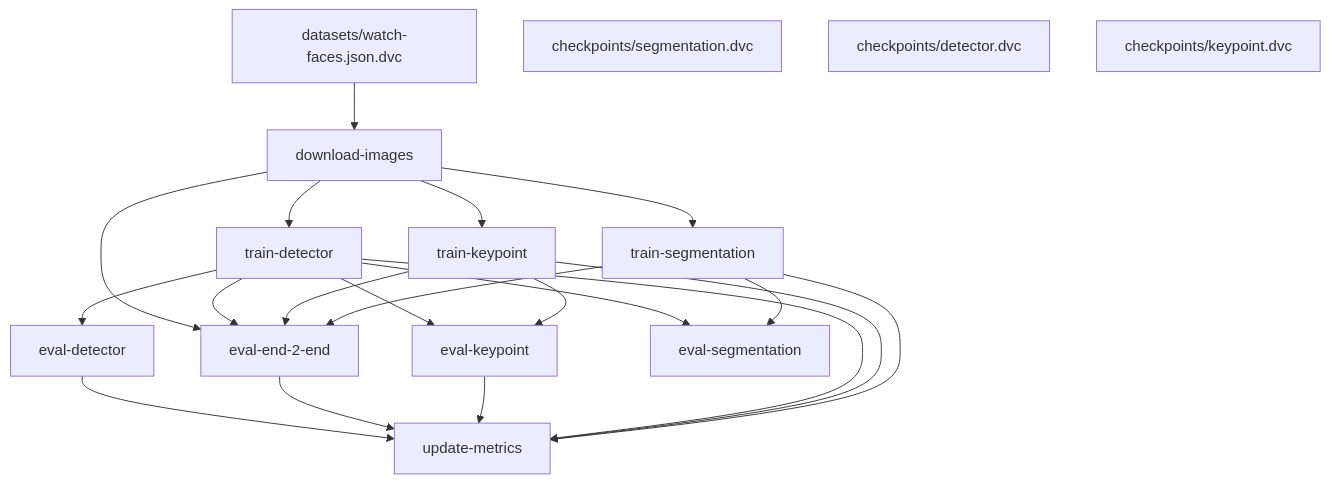
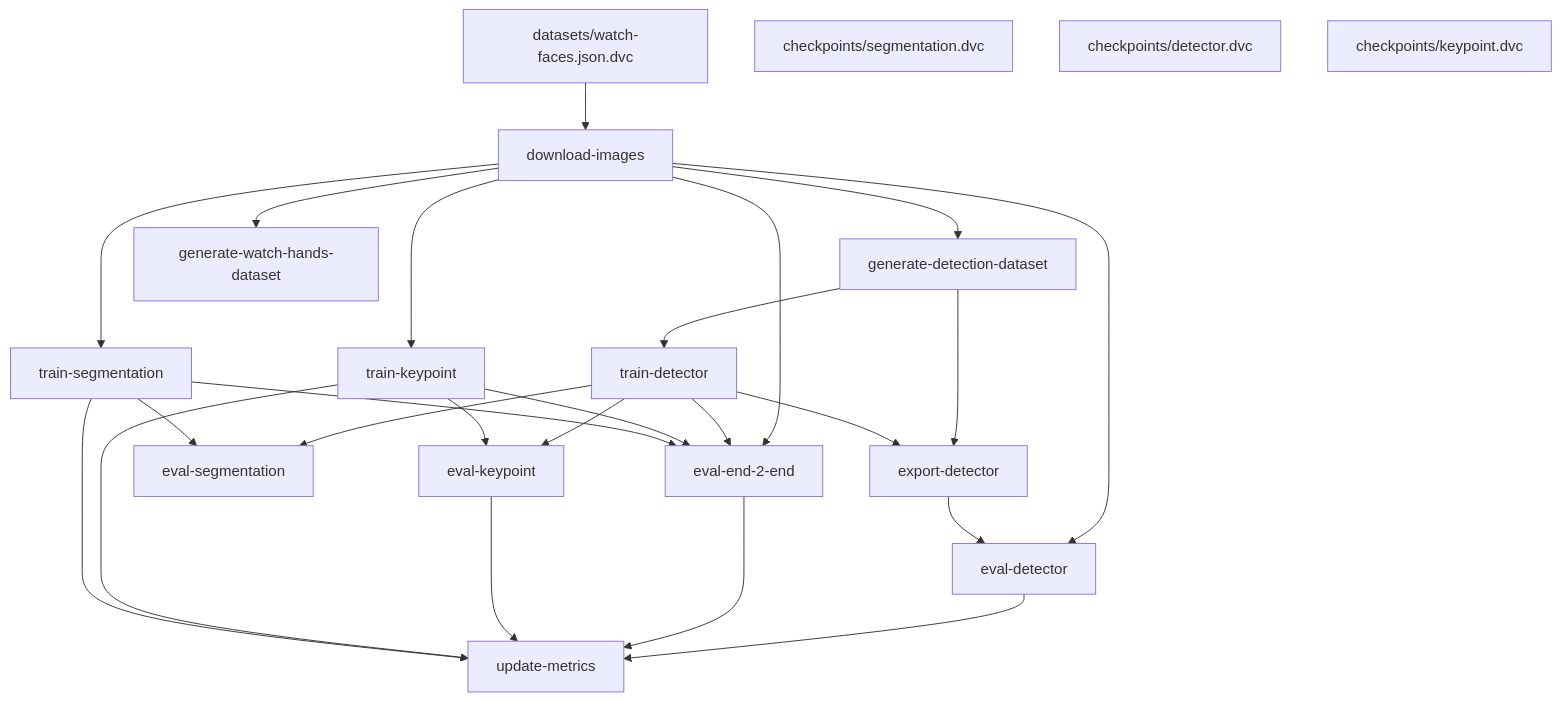
The diagram in README.md (akucia/analog-watch-recognition), drawn with Mermaid before and after one commit. The commit also changed other lines of this file and 12 other files, not shown here.

````diff
--- a/README.md
+++ b/README.md
@@ -2,35 +2,42 @@
 ```mermaid
 flowchart TD
 	node1["datasets/watch-faces.json.dvc"]
 	node2["download-images"]
 	node3["eval-detector"]
 	node4["eval-end-2-end"]
 	node5["eval-keypoint"]
 	node6["eval-segmentation"]
-	node7["train-detector"]
-	node8["train-keypoint"]
-	node9["train-segmentation"]
-	node10["update-metrics"]
+	node7["export-detector"]
+	node8["generate-detection-dataset"]
+	node9["generate-watch-hands-dataset"]
+	node10["train-detector"]
+	node11["train-keypoint"]
+	node12["train-segmentation"]
+	node13["update-metrics"]
 	node1-->node2
+	node2-->node3
 	node2-->node4
-	node2-->node7
 	node2-->node8
 	node2-->node9
-	node3-->node10
-	node4-->node10
-	node5-->node10
+	node2-->node11
+	node2-->node12
+	node3-->node13
+	node4-->node13
+	node5-->node13
 	node7-->node3
-	node7-->node4
-	node7-->node5
-	node7-->node6
-	node7-->node10
-	node8-->node4
-	node8-->node5
+	node8-->node7
 	node8-->node10
-	node9-->node4
-	node9-->node6
-	node9-->node10
-	node11["checkpoints/segmentation.dvc"]
-	node12["checkpoints/detector.dvc"]
-	node13["checkpoints/keypoint.dvc"]
+	node10-->node4
+	node10-->node5
+	node10-->node6
+	node10-->node7
+	node11-->node4
+	node11-->node5
+	node11-->node13
+	node12-->node4
+	node12-->node6
+	node12-->node13
+	node14["checkpoints/segmentation.dvc"]
+	node15["checkpoints/detector.dvc"]
+	node16["checkpoints/keypoint.dvc"]
 ```
````
